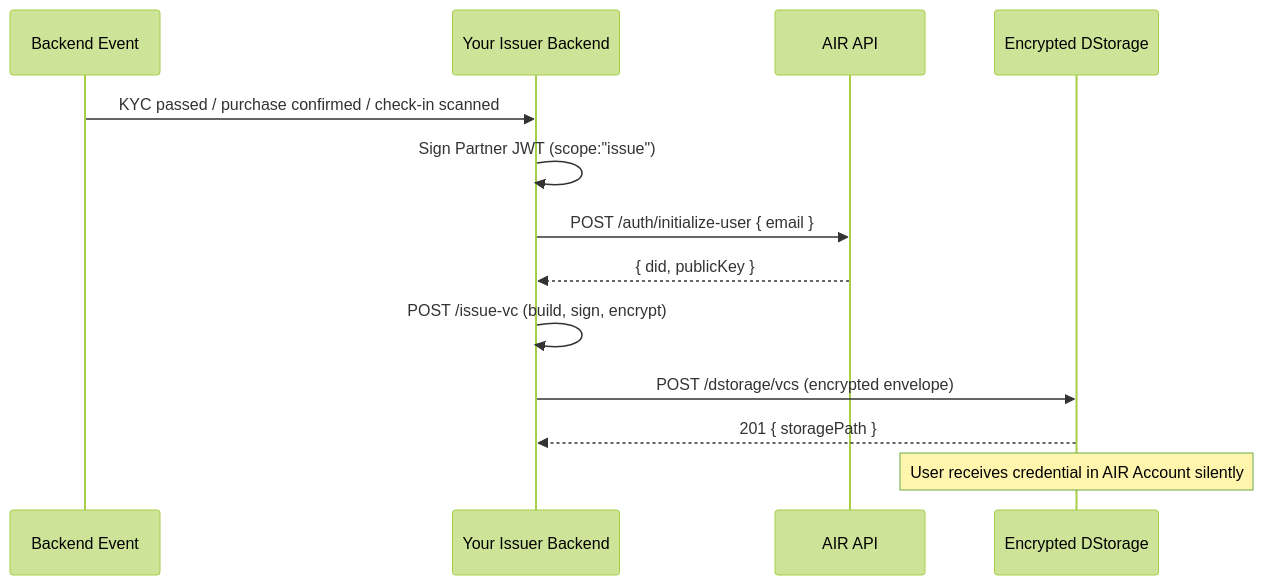
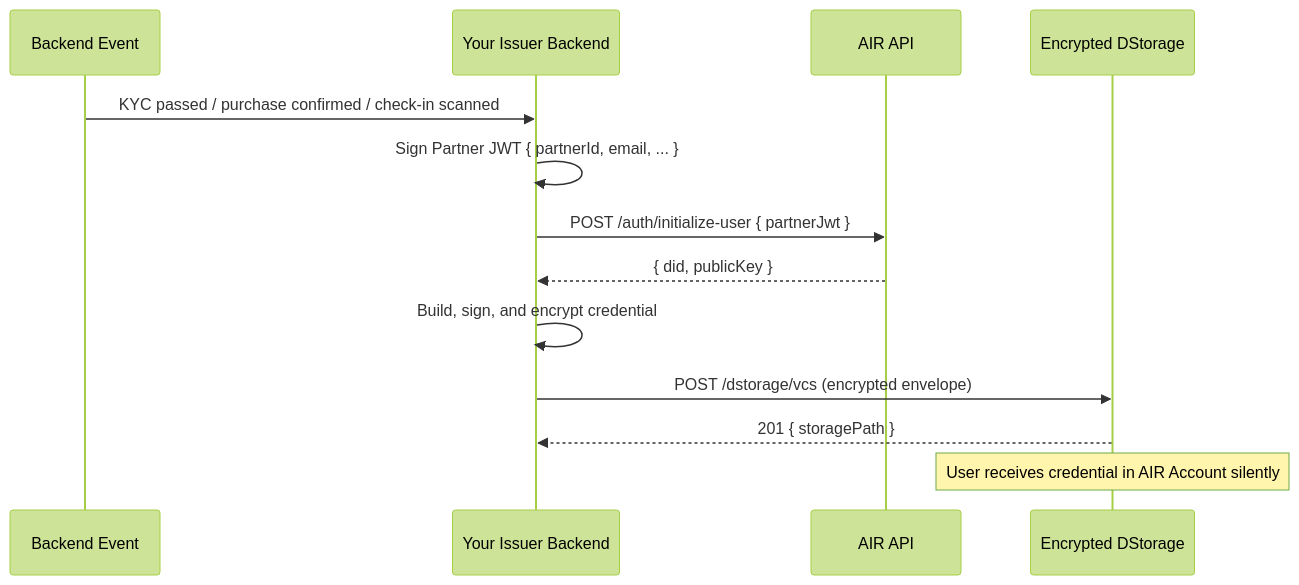
The fifth of 6 diagrams in airkit/guides/overview.mdx (MocaNetwork/docs), drawn with Mermaid (forest theme) before and after one commit. The commit also changed other lines of this file and 22 other files, not shown here.

Commit message:
[WIP] Updating Credential and JWT management

````diff
--- a/airkit/guides/overview.mdx
+++ b/airkit/guides/overview.mdx
@@ -105,16 +105,16 @@
 ```mermaid
 sequenceDiagram
     participant Event as Backend Event
     participant Server as Your Issuer Backend
     participant API as AIR API
     participant DS as Encrypted DStorage
 
     Event->>Server: KYC passed / purchase confirmed / check-in scanned
-    Server->>Server: Sign Partner JWT (scope:"issue")
-    Server->>API: POST /auth/initialize-user { email }
+    Server->>Server: Sign Partner JWT { partnerId, email, ... }
+    Server->>API: POST /auth/initialize-user { partnerJwt }
     API-->>Server: { did, publicKey }
-    Server->>Server: POST /issue-vc (build, sign, encrypt)
+    Server->>Server: Build, sign, and encrypt credential
     Server->>DS: POST /dstorage/vcs (encrypted envelope)
     DS-->>Server: 201 { storagePath }
     Note over DS: User receives credential in AIR Account silently
 ```
````
